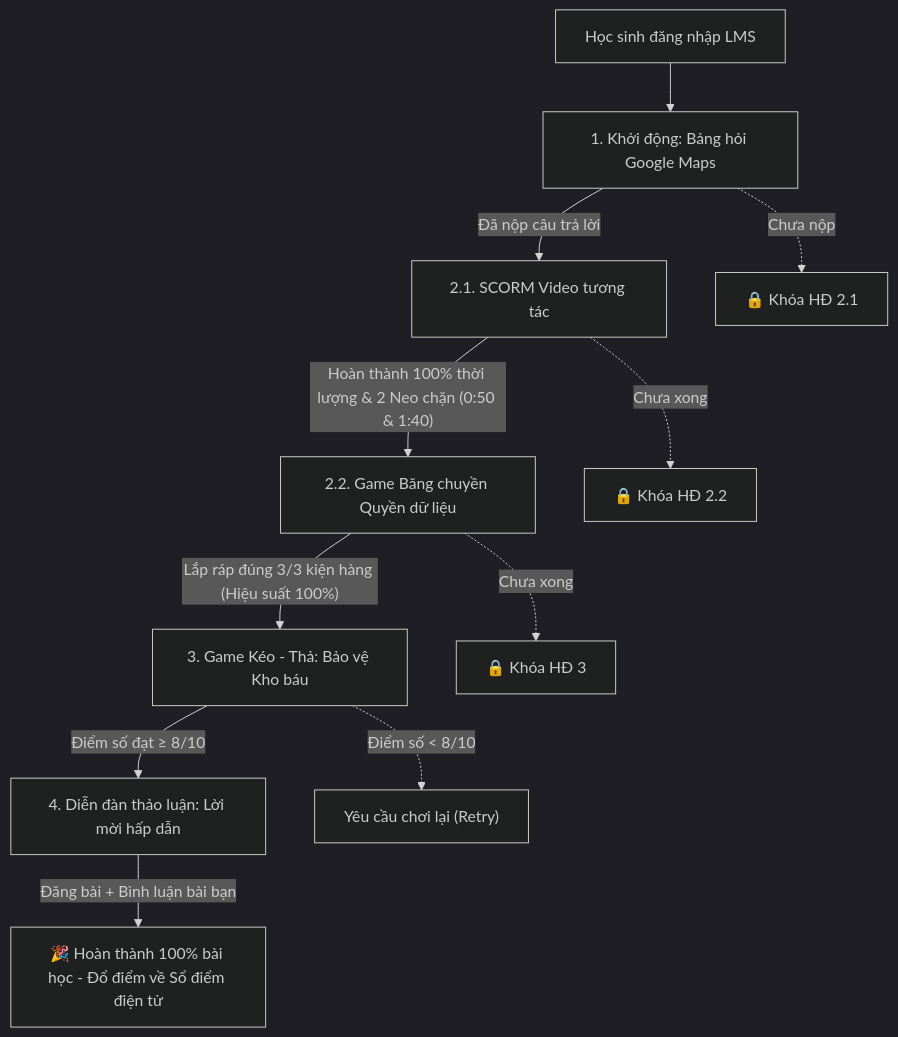
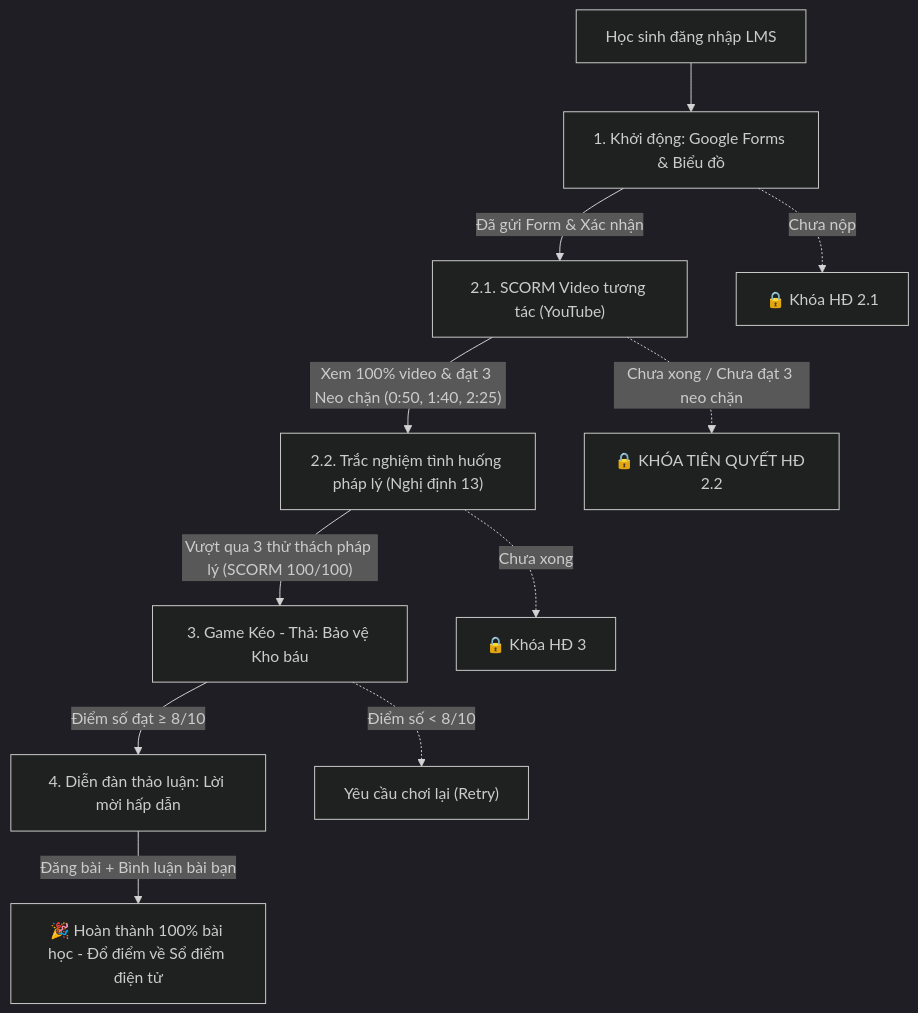
One commit to toiyeutinhoc238-sudo/lms_bai_6 changed the diagram in HUONG_DAN_TRIEN_KHAI_LMS.md. Above: the diagram before and after it, drawn with Mermaid (dark theme). The commit also changed other lines of this file, not shown here.

Commit message:
Dong bo HUONG_DAN_TRIEN_KHAI_LMS voi Google Forms va Video 3 neo chan co khoa tien quyet

````diff
--- a/HUONG_DAN_TRIEN_KHAI_LMS.md
+++ b/HUONG_DAN_TRIEN_KHAI_LMS.md
@@ -81,17 +94,17 @@
 ```mermaid
 graph TD
-    S0["Học sinh đăng nhập LMS"] --> H1["1. Khởi động: Bảng hỏi Google Maps"]
-    H1 -- "Đã nộp câu trả lời" --> H21["2.1. SCORM Video tương tác"]
+    S0["Học sinh đăng nhập LMS"] --> H1["1. Khởi động: Google Forms & Biểu đồ"]
+    H1 -- "Đã gửi Form & Xác nhận" --> H21["2.1. SCORM Video tương tác (YouTube)"]
     H1 -. "Chưa nộp" .-> L1["🔒 Khóa HĐ 2.1"]
     
-    H21 -- "Hoàn thành 100% thời lượng & 2 Neo chặn (0:50 & 1:40)" --> H22["2.2. Game Băng chuyền Quyền dữ liệu"]
-    H21 -. "Chưa xong" .-> L2["🔒 Khóa HĐ 2.2"]
+    H21 -- "Xem 100% video & đạt 3 Neo chặn (0:50, 1:40, 2:25)" --> H22["2.2. Trắc nghiệm tình huống pháp lý (Nghị định 13)"]
+    H21 -. "Chưa xong / Chưa đạt 3 neo chặn" .-> L2["🔒 KHÓA TIÊN QUYẾT HĐ 2.2"]
     
-    H22 -- "Lắp ráp đúng 3/3 kiện hàng (Hiệu suất 100%)" --> H3["3. Game Kéo - Thả: Bảo vệ Kho báu"]
+    H22 -- "Vượt qua 3 thử thách pháp lý (SCORM 100/100)" --> H3["3. Game Kéo - Thả: Bảo vệ Kho báu"]
     H22 -. "Chưa xong" .-> L3["🔒 Khóa HĐ 3"]
     
     H3 -- "Điểm số đạt ≥ 8/10" --> H4["4. Diễn đàn thảo luận: Lời mời hấp dẫn"]
     H3 -. "Điểm số < 8/10" .-> R3["Yêu cầu chơi lại (Retry)"]
     
     H4 -- "Đăng bài + Bình luận bài bạn" --> FIN["🎉 Hoàn thành 100% bài học - Đổ điểm về Sổ điểm điện tử"]
 ```
````
